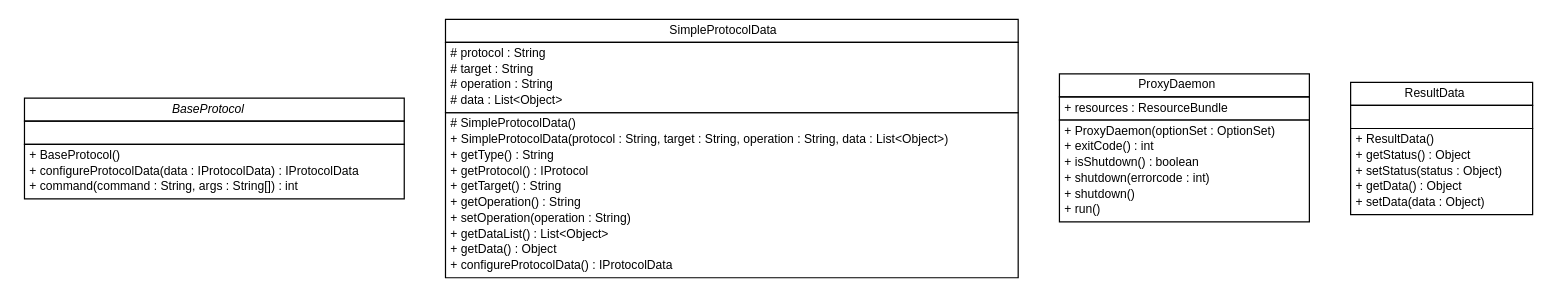
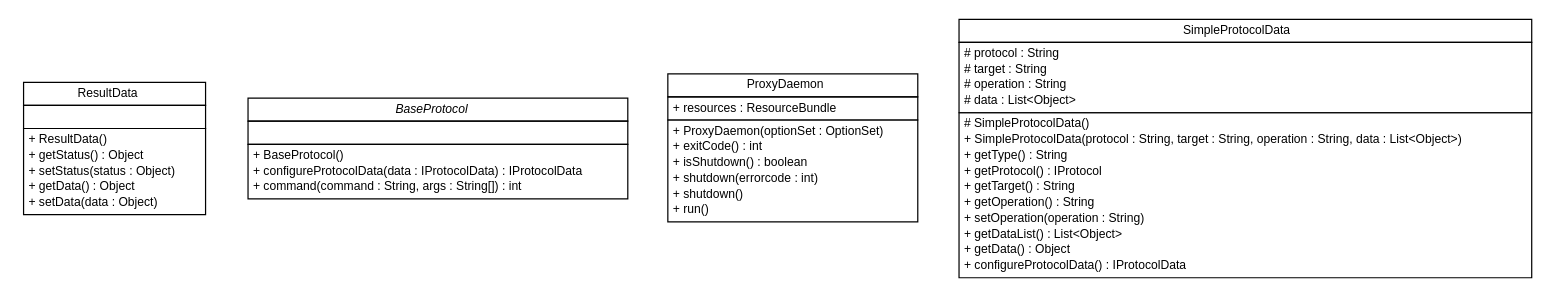
Before and after one commit to pcross616/lf-osc-proxy: the diagram in apidocs/com/xley/lfosc/impl/com.xley.lfosc.impl.dot, drawn with Graphviz. The commit also changed 343 other files, not shown here.

```diff
--- a/apidocs/com/xley/lfosc/impl/com.xley.lfosc.impl.dot
+++ b/apidocs/com/xley/lfosc/impl/com.xley.lfosc.impl.dot
@@ -1,83 +1,83 @@
 #!/usr/local/bin/dot
 #
 # Class diagram 
 # Generated by UMLGraph version R5_6 (http://www.umlgraph.org/)
 #
 
 digraph G {
 	edge [fontname="Helvetica",fontsize=10,labelfontname="Helvetica",labelfontsize=10];
 	node [fontname="Helvetica",fontsize=10,shape=plaintext];
 	nodesep=0.25;
 	ranksep=0.5;
+	// com.xley.lfosc.impl.ResultData
+	c636 [label=<<table title="com.xley.lfosc.impl.ResultData" border="0" cellborder="1" cellspacing="0" cellpadding="2" port="p" href="./ResultData.html">
+		<tr><td><table border="0" cellspacing="0" cellpadding="1">
+<tr><td align="center" balign="center"> ResultData </td></tr>
+		</table></td></tr>
+		<tr><td><table border="0" cellspacing="0" cellpadding="1">
+<tr><td align="left" balign="left">  </td></tr>
+		</table></td></tr>
+		<tr><td><table border="0" cellspacing="0" cellpadding="1">
+<tr><td align="left" balign="left"> + ResultData() </td></tr>
+<tr><td align="left" balign="left"> + getStatus() : Object </td></tr>
+<tr><td align="left" balign="left"> + setStatus(status : Object) </td></tr>
+<tr><td align="left" balign="left"> + getData() : Object </td></tr>
+<tr><td align="left" balign="left"> + setData(data : Object) </td></tr>
+		</table></td></tr>
+		</table>>, URL="./ResultData.html", fontname="Helvetica", fontcolor="black", fontsize=10.0];
 	// com.xley.lfosc.impl.BaseProtocol
-	c172 [label=<<table title="com.xley.lfosc.impl.BaseProtocol" border="0" cellborder="1" cellspacing="0" cellpadding="2" port="p" href="./BaseProtocol.html">
+	c637 [label=<<table title="com.xley.lfosc.impl.BaseProtocol" border="0" cellborder="1" cellspacing="0" cellpadding="2" port="p" href="./BaseProtocol.html">
 		<tr><td><table border="0" cellspacing="0" cellpadding="1">
 <tr><td align="center" balign="center"><font face="Helvetica-Oblique"> BaseProtocol </font></td></tr>
 		</table></td></tr>
 		<tr><td><table border="0" cellspacing="0" cellpadding="1">
 <tr><td align="left" balign="left">  </td></tr>
 		</table></td></tr>
 		<tr><td><table border="0" cellspacing="0" cellpadding="1">
 <tr><td align="left" balign="left"> + BaseProtocol() </td></tr>
 <tr><td align="left" balign="left"> + configureProtocolData(data : IProtocolData) : IProtocolData </td></tr>
 <tr><td align="left" balign="left"> + command(command : String, args : String[]) : int </td></tr>
 		</table></td></tr>
 		</table>>, URL="./BaseProtocol.html", fontname="Helvetica", fontcolor="black", fontsize=10.0];
+	// com.xley.lfosc.impl.ProxyDaemon
+	c638 [label=<<table title="com.xley.lfosc.impl.ProxyDaemon" border="0" cellborder="1" cellspacing="0" cellpadding="2" port="p" href="./ProxyDaemon.html">
+		<tr><td><table border="0" cellspacing="0" cellpadding="1">
+<tr><td align="center" balign="center"> ProxyDaemon </td></tr>
+		</table></td></tr>
+		<tr><td><table border="0" cellspacing="0" cellpadding="1">
+<tr><td align="left" balign="left"> + resources : ResourceBundle </td></tr>
+		</table></td></tr>
+		<tr><td><table border="0" cellspacing="0" cellpadding="1">
+<tr><td align="left" balign="left"> + ProxyDaemon(optionSet : OptionSet) </td></tr>
+<tr><td align="left" balign="left"> + exitCode() : int </td></tr>
+<tr><td align="left" balign="left"> + isShutdown() : boolean </td></tr>
+<tr><td align="left" balign="left"> + shutdown(errorcode : int) </td></tr>
+<tr><td align="left" balign="left"> + shutdown() </td></tr>
+<tr><td align="left" balign="left"> + run() </td></tr>
+		</table></td></tr>
+		</table>>, URL="./ProxyDaemon.html", fontname="Helvetica", fontcolor="black", fontsize=10.0];
 	// com.xley.lfosc.impl.SimpleProtocolData
-	c173 [label=<<table title="com.xley.lfosc.impl.SimpleProtocolData" border="0" cellborder="1" cellspacing="0" cellpadding="2" port="p" href="./SimpleProtocolData.html">
+	c639 [label=<<table title="com.xley.lfosc.impl.SimpleProtocolData" border="0" cellborder="1" cellspacing="0" cellpadding="2" port="p" href="./SimpleProtocolData.html">
 		<tr><td><table border="0" cellspacing="0" cellpadding="1">
 <tr><td align="center" balign="center"> SimpleProtocolData </td></tr>
 		</table></td></tr>
 		<tr><td><table border="0" cellspacing="0" cellpadding="1">
 <tr><td align="left" balign="left"> # protocol : String </td></tr>
 <tr><td align="left" balign="left"> # target : String </td></tr>
 <tr><td align="left" balign="left"> # operation : String </td></tr>
 <tr><td align="left" balign="left"> # data : List&lt;Object&gt; </td></tr>
 		</table></td></tr>
 		<tr><td><table border="0" cellspacing="0" cellpadding="1">
 <tr><td align="left" balign="left"> # SimpleProtocolData() </td></tr>
 <tr><td align="left" balign="left"> + SimpleProtocolData(protocol : String, target : String, operation : String, data : List&lt;Object&gt;) </td></tr>
 <tr><td align="left" balign="left"> + getType() : String </td></tr>
 <tr><td align="left" balign="left"> + getProtocol() : IProtocol </td></tr>
 <tr><td align="left" balign="left"> + getTarget() : String </td></tr>
 <tr><td align="left" balign="left"> + getOperation() : String </td></tr>
 <tr><td align="left" balign="left"> + setOperation(operation : String) </td></tr>
 <tr><td align="left" balign="left"> + getDataList() : List&lt;Object&gt; </td></tr>
 <tr><td align="left" balign="left"> + getData() : Object </td></tr>
 <tr><td align="left" balign="left"> + configureProtocolData() : IProtocolData </td></tr>
 		</table></td></tr>
 		</table>>, URL="./SimpleProtocolData.html", fontname="Helvetica", fontcolor="black", fontsize=10.0];
-	// com.xley.lfosc.impl.ProxyDaemon
-	c174 [label=<<table title="com.xley.lfosc.impl.ProxyDaemon" border="0" cellborder="1" cellspacing="0" cellpadding="2" port="p" href="./ProxyDaemon.html">
-		<tr><td><table border="0" cellspacing="0" cellpadding="1">
-<tr><td align="center" balign="center"> ProxyDaemon </td></tr>
-		</table></td></tr>
-		<tr><td><table border="0" cellspacing="0" cellpadding="1">
-<tr><td align="left" balign="left"> + resources : ResourceBundle </td></tr>
-		</table></td></tr>
-		<tr><td><table border="0" cellspacing="0" cellpadding="1">
-<tr><td align="left" balign="left"> + ProxyDaemon(optionSet : OptionSet) </td></tr>
-<tr><td align="left" balign="left"> + exitCode() : int </td></tr>
-<tr><td align="left" balign="left"> + isShutdown() : boolean </td></tr>
-<tr><td align="left" balign="left"> + shutdown(errorcode : int) </td></tr>
-<tr><td align="left" balign="left"> + shutdown() </td></tr>
-<tr><td align="left" balign="left"> + run() </td></tr>
-		</table></td></tr>
-		</table>>, URL="./ProxyDaemon.html", fontname="Helvetica", fontcolor="black", fontsize=10.0];
-	// com.xley.lfosc.impl.ResultData
-	c175 [label=<<table title="com.xley.lfosc.impl.ResultData" border="0" cellborder="1" cellspacing="0" cellpadding="2" port="p" href="./ResultData.html">
-		<tr><td><table border="0" cellspacing="0" cellpadding="1">
-<tr><td align="center" balign="center"> ResultData </td></tr>
-		</table></td></tr>
-		<tr><td><table border="0" cellspacing="0" cellpadding="1">
-<tr><td align="left" balign="left">  </td></tr>
-		</table></td></tr>
-		<tr><td><table border="0" cellspacing="0" cellpadding="1">
-<tr><td align="left" balign="left"> + ResultData() </td></tr>
-<tr><td align="left" balign="left"> + getStatus() : Object </td></tr>
-<tr><td align="left" balign="left"> + setStatus(status : Object) </td></tr>
-<tr><td align="left" balign="left"> + getData() : Object </td></tr>
-<tr><td align="left" balign="left"> + setData(data : Object) </td></tr>
-		</table></td></tr>
-		</table>>, URL="./ResultData.html", fontname="Helvetica", fontcolor="black", fontsize=10.0];
 }
```
